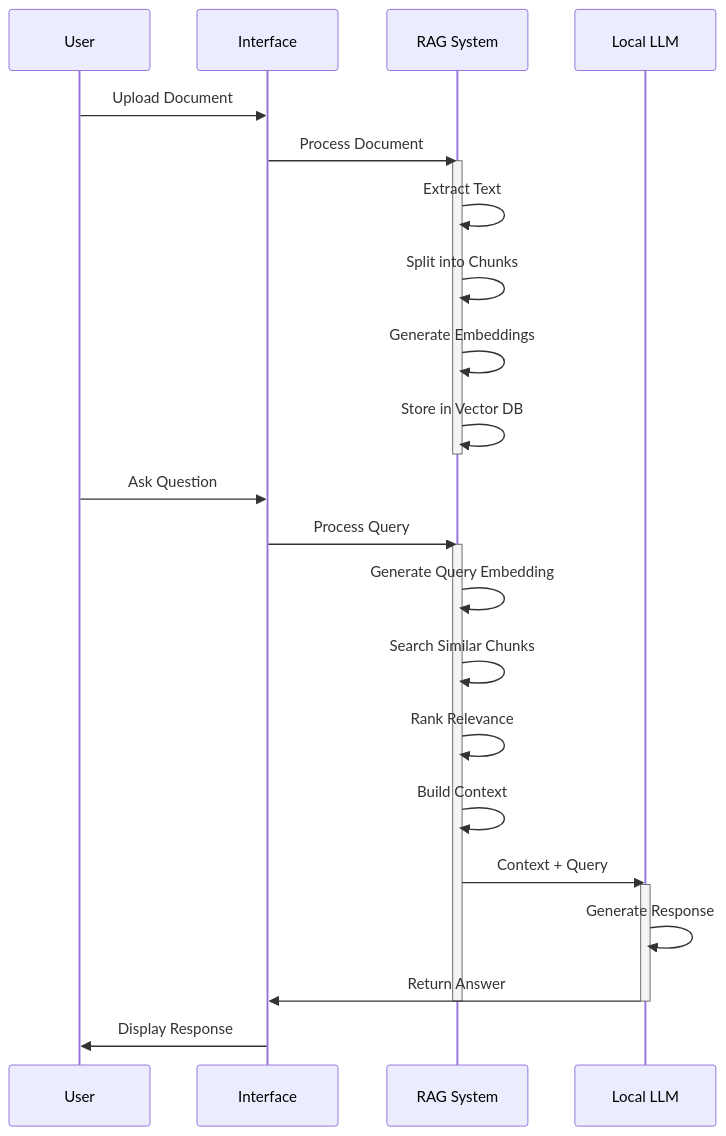
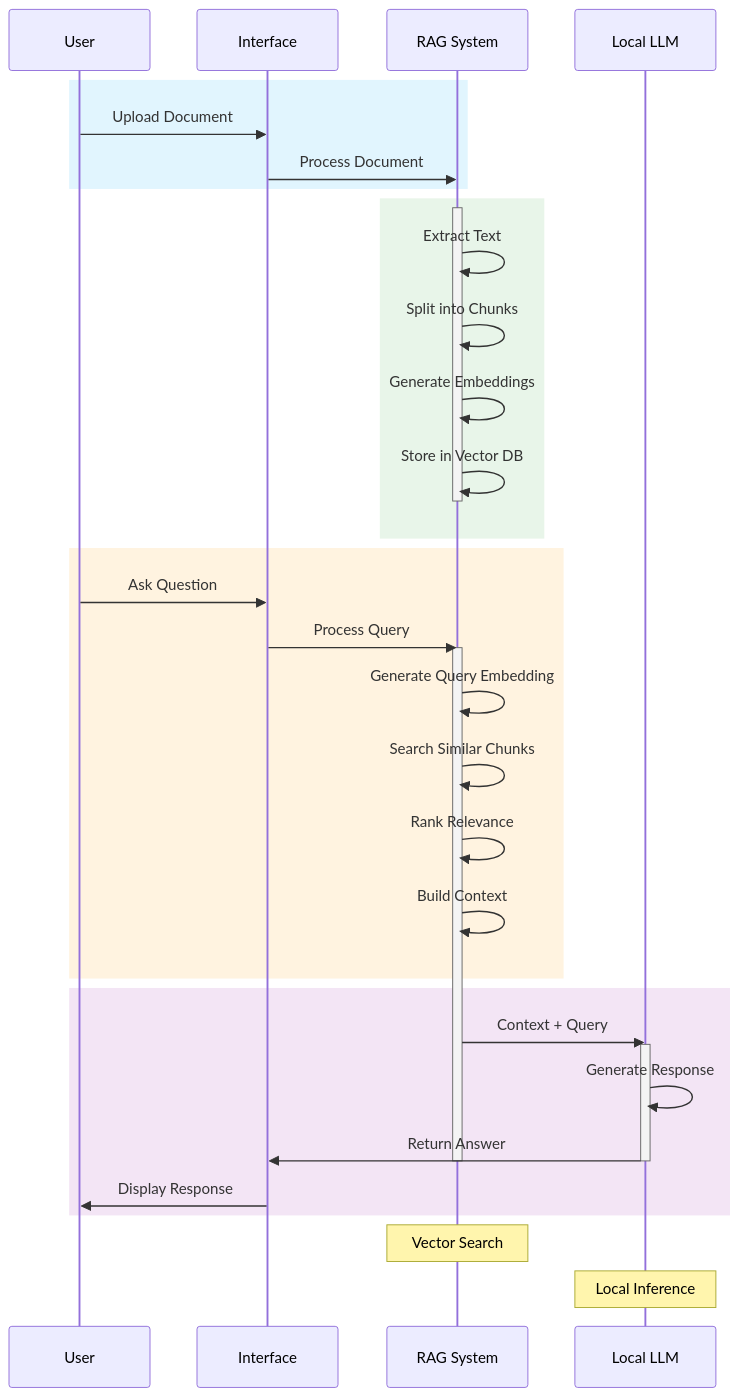
The first of 2 diagrams in README.md (khaosans/basic-chat), drawn with Mermaid before and after one commit. The commit also changed other lines of this file and 2 other files, not shown here.

````diff
--- a/README.md
+++ b/README.md
@@ -66,31 +82,45 @@
 ```mermaid
 sequenceDiagram
     participant U as User
     participant I as Interface
     participant R as RAG System
     participant L as Local LLM
 
-    U->>I: Upload Document
-    I->>R: Process Document
-    activate R
-    R->>R: Extract Text
-    R->>R: Split into Chunks
-    R->>R: Generate Embeddings
-    R->>R: Store in Vector DB
-    deactivate R
+    %% Define styles
+    rect rgb(225, 245, 254)
+        U->>I: Upload Document
+        I->>R: Process Document
+    end
 
-    U->>I: Ask Question
-    I->>R: Process Query
-    activate R
-    R->>R: Generate Query Embedding
-    R->>R: Search Similar Chunks
-    R->>R: Rank Relevance
-    R->>R: Build Context
-    R->>L: Context + Query
-    activate L
-    L->>L: Generate Response
-    L->>I: Return Answer
-    deactivate L
-    deactivate R
-    I->>U: Display Response
+    rect rgb(232, 245, 233)
+        activate R
+        R->>R: Extract Text
+        R->>R: Split into Chunks
+        R->>R: Generate Embeddings
+        R->>R: Store in Vector DB
+        deactivate R
+    end
+
+    rect rgb(255, 243, 224)
+        U->>I: Ask Question
+        I->>R: Process Query
+        activate R
+        R->>R: Generate Query Embedding
+        R->>R: Search Similar Chunks
+        R->>R: Rank Relevance
+        R->>R: Build Context
+    end
+
+    rect rgb(243, 229, 245)
+        R->>L: Context + Query
+        activate L
+        L->>L: Generate Response
+        L->>I: Return Answer
+        deactivate L
+        deactivate R
+        I->>U: Display Response
+    end
+
+    note over R: Vector Search
+    note over L: Local Inference
 ```
````
